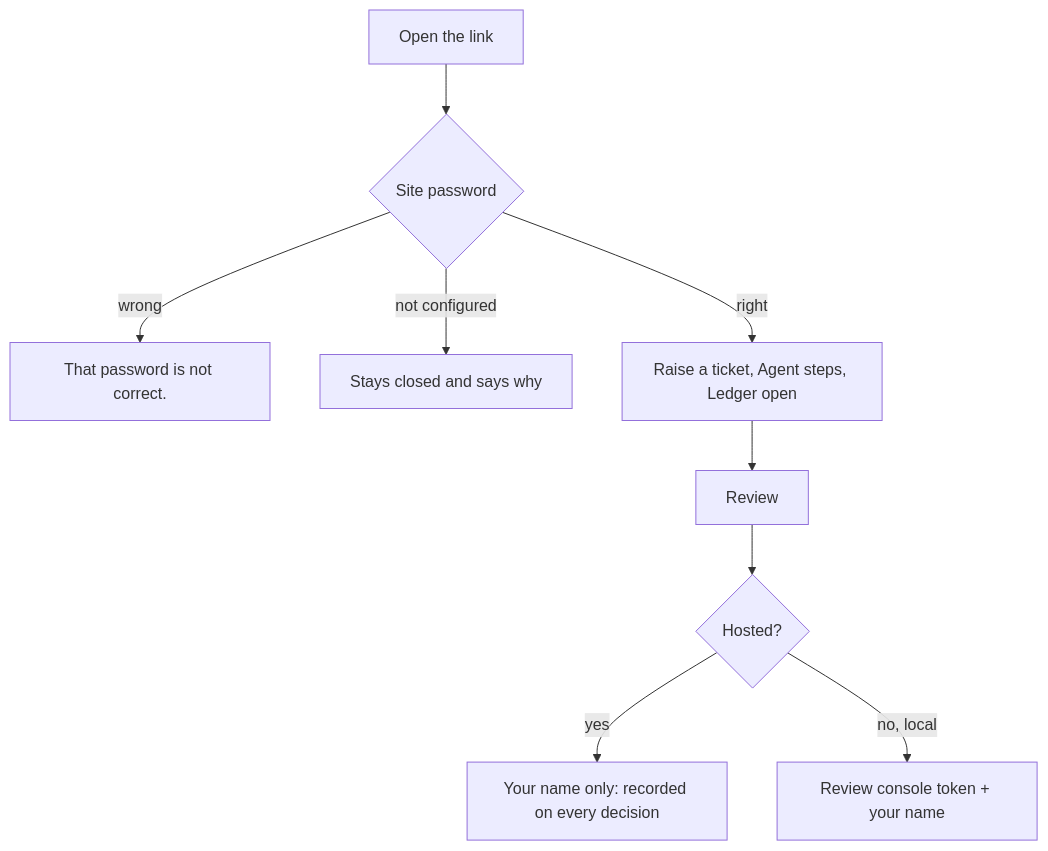
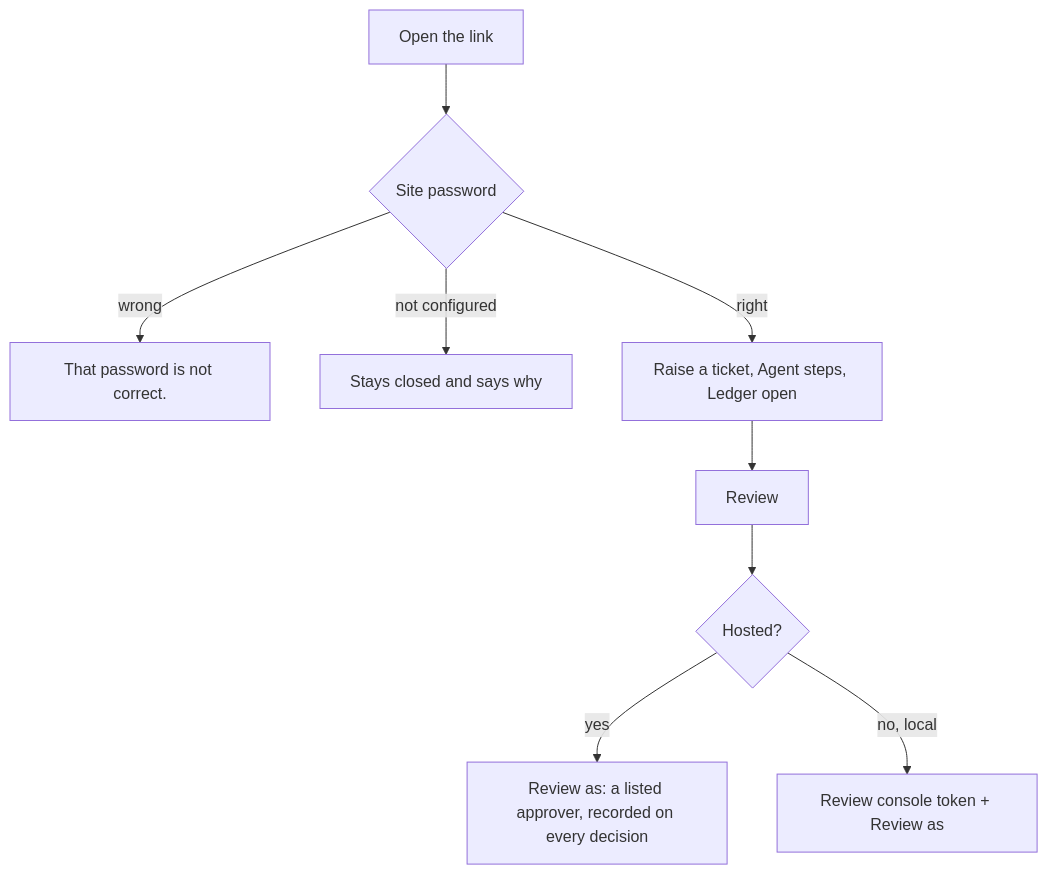
The seventh of 8 diagrams in docs/design/CLAUDE_DESIGN_BRIEF.md (yashasvikesarwaniiitd/dispute_resolution_agent), drawn with Mermaid before and after one commit. The commit also changed other lines of this file and 9 other files, not shown here.

First line of the commit message:
fix(ui): Review offers only the approvers the engine accepts (ADR 0047, D69)

````diff
--- a/docs/design/CLAUDE_DESIGN_BRIEF.md
+++ b/docs/design/CLAUDE_DESIGN_BRIEF.md
@@ -242,11 +242,11 @@
 ```mermaid
 flowchart TD
     A[Open the link] --> B{Site password}
     B -- wrong --> B1[That password is not correct.]
     B -- not configured --> B2[Stays closed and says why]
     B -- right --> C[Raise a ticket, Agent steps, Ledger open]
     C --> D[Review]
     D --> E{Hosted?}
-    E -- yes --> F[Your name only: recorded on every decision]
-    E -- no, local --> G[Review console token + your name]
+    E -- yes --> F[Review as: a listed approver, recorded on every decision]
+    E -- no, local --> G[Review console token + Review as]
 ```
````
